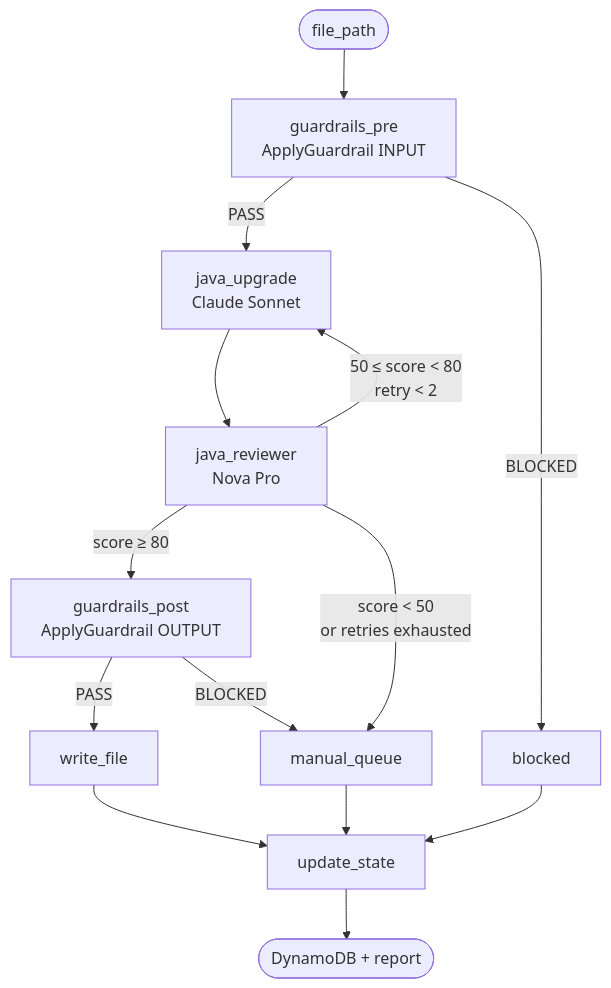
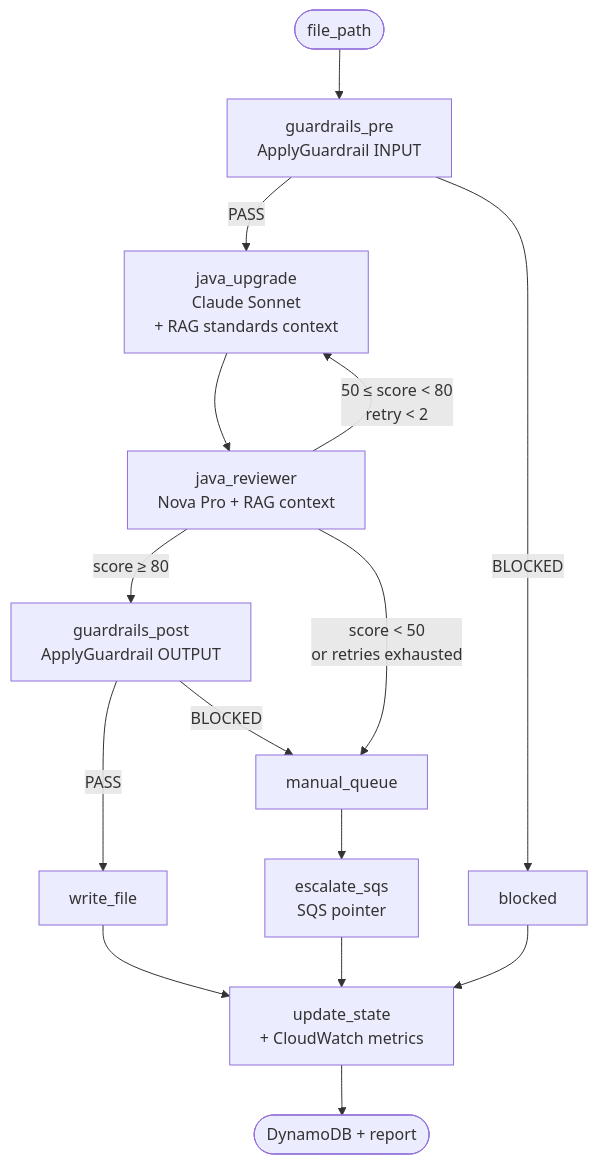
Before and after one commit to anche-raja/forge-platform: the second of 2 diagrams in README.md, drawn with Mermaid. The commit also changed other lines of this file and 1 other file, not shown here.

First line of the commit message:
docs: reconcile architecture docs with the cheap-cloud-buildout

````diff
--- a/README.md
+++ b/README.md
@@ -54,16 +60,17 @@
 ```mermaid
 flowchart TD
     S([file_path]) --> PRE[guardrails_pre<br/>ApplyGuardrail INPUT]
-    PRE -->|PASS| UPGRADE[java_upgrade<br/>Claude Sonnet]
+    PRE -->|PASS| UPGRADE[java_upgrade<br/>Claude Sonnet<br/>+ RAG standards context]
     PRE -->|BLOCKED| BLK[blocked]
-    UPGRADE --> REV[java_reviewer<br/>Nova Pro]
+    UPGRADE --> REV[java_reviewer<br/>Nova Pro + RAG context]
     REV -->|score ≥ 80| POST[guardrails_post<br/>ApplyGuardrail OUTPUT]
     REV -->|50 ≤ score < 80<br/>retry < 2| UPGRADE
     REV -->|score < 50<br/>or retries exhausted| MQ[manual_queue]
     POST -->|PASS| WRITE[write_file]
     POST -->|BLOCKED| MQ
-    WRITE --> UPD[update_state]
-    MQ --> UPD
+    WRITE --> UPD[update_state<br/>+ CloudWatch metrics]
+    MQ --> SQSN[escalate_sqs<br/>SQS pointer]
+    SQSN --> UPD
     BLK --> UPD
     UPD --> E([DynamoDB + report])
 ```
````
